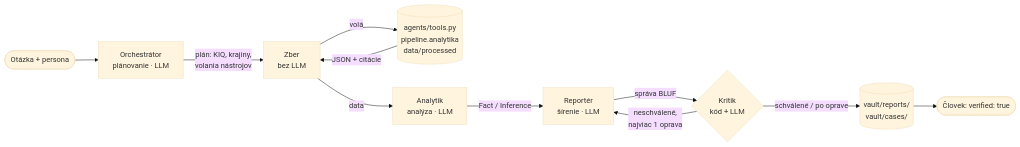
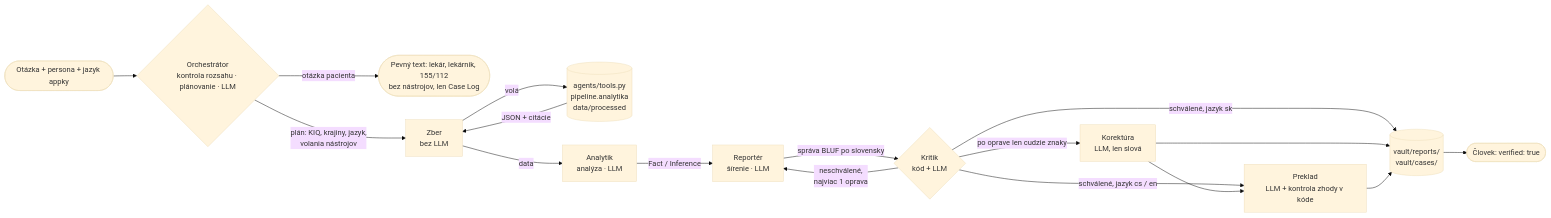
The second of 2 diagrams in docs/architektura.md (jullxo/liekradar), drawn with Mermaid (base theme) before and after one commit. The commit also changed other lines of this file and 20 other files, not shown here.

````diff
--- a/docs/architektura.md
+++ b/docs/architektura.md
@@ -138,13 +141,19 @@
 ```mermaid
 flowchart LR
-    U([Otázka + persona]) --> O[Orchestrátor<br/>plánovanie · LLM]
-    O -->|plán: KIQ, krajiny,<br/>volania nástrojov| Z[Zber<br/>bez LLM]
+    U([Otázka + persona + jazyk appky]) --> O{Orchestrátor<br/>kontrola rozsahu · plánovanie · LLM}
+    O -->|otázka pacienta| P([Pevný text: lekár, lekárnik, 155/112<br/>bez nástrojov, len Case Log])
+    O -->|plán: KIQ, krajiny, jazyk,<br/>volania nástrojov| Z[Zber<br/>bez LLM]
     Z -->|volá| T[(agents/tools.py<br/>pipeline.analytika<br/>data/processed)]
     T -->|JSON + citácie| Z
     Z -->|data| A[Analytik<br/>analýza · LLM]
     A -->|Fact / Inference| R[Reportér<br/>šírenie · LLM]
-    R -->|správa BLUF| K{Kritik<br/>kód + LLM}
+    R -->|správa BLUF po slovensky| K{Kritik<br/>kód + LLM}
     K -->|neschválené,<br/>najviac 1 oprava| R
-    K -->|schválené / po oprave| S[(vault/reports/<br/>vault/cases/)]
+    K -->|po oprave len cudzie znaky| KO[Korektúra<br/>LLM, len slová]
+    K -->|schválené, jazyk cs / en| PR[Preklad<br/>LLM + kontrola zhody v kóde]
+    KO --> PR
+    K -->|schválené, jazyk sk| S[(vault/reports/<br/>vault/cases/)]
+    KO --> S
+    PR --> S
     S --> H([Človek: verified: true])
 ```
````
